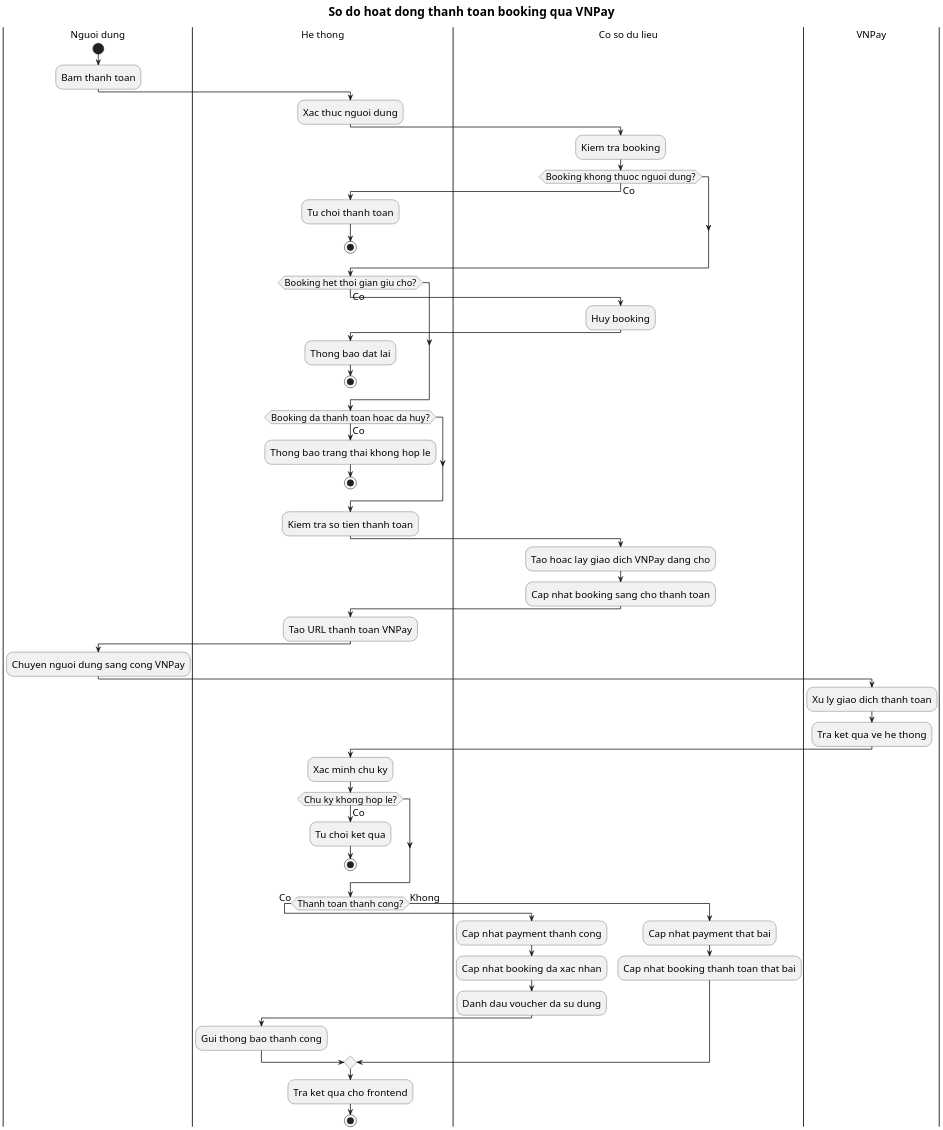
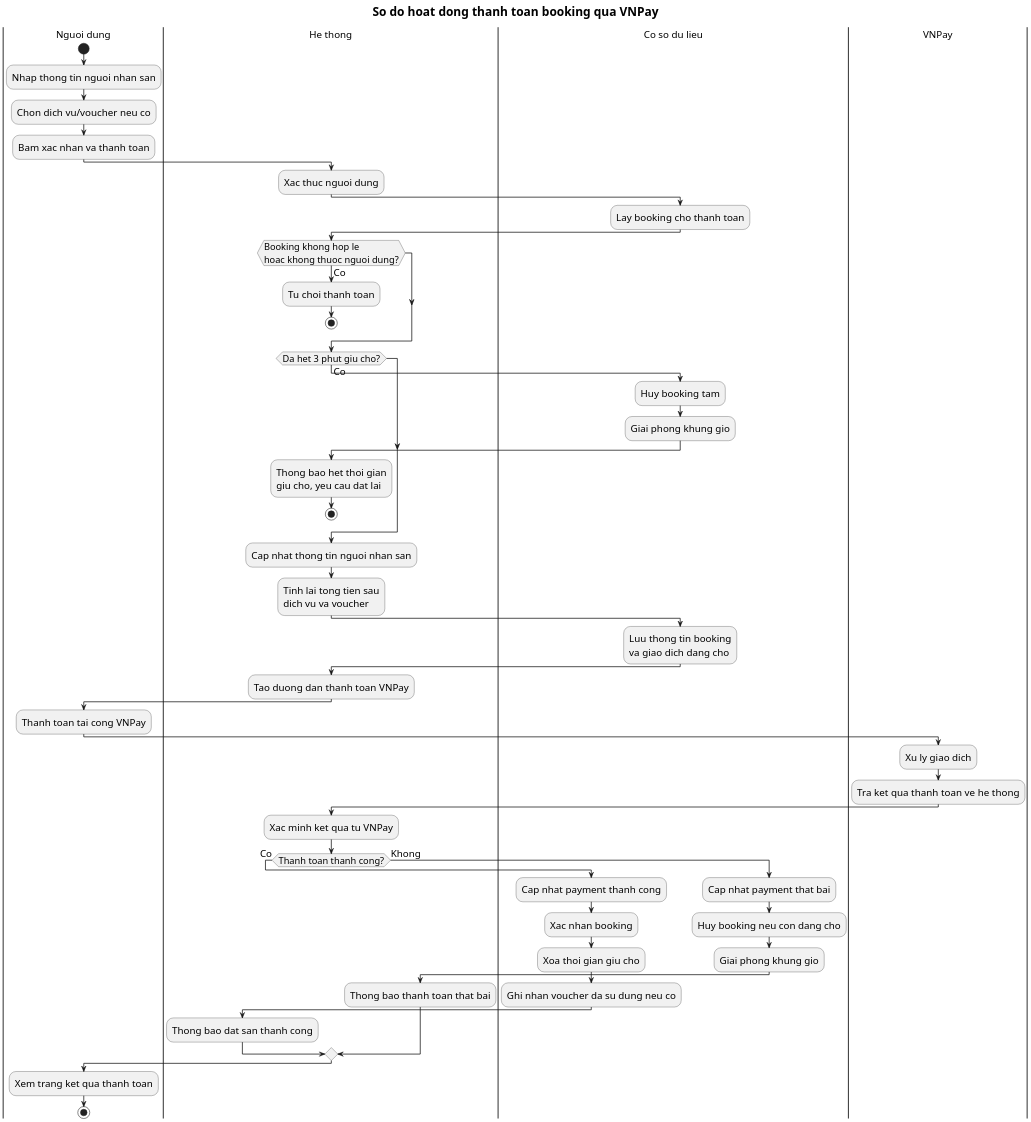
Before and after one commit to PhamThanhQuocTrieu/website_stadium_booking: the diagram in Backend/so_do_hoat_dong/rut_gon_luan_van/06_thanh_toan_vnpay.puml, drawn with PlantUML. The commit also changed 11 other files, not shown here.

```diff
--- a/Backend/so_do_hoat_dong/rut_gon_luan_van/06_thanh_toan_vnpay.puml
+++ b/Backend/so_do_hoat_dong/rut_gon_luan_van/06_thanh_toan_vnpay.puml
@@ -1,82 +1,78 @@
 @startuml
 skinparam dpi 180
 skinparam defaultFontName Arial
 skinparam defaultFontSize 18
 skinparam activityFontSize 18
 skinparam activityDiamondFontSize 17
 skinparam titleFontSize 22
 skinparam swimlaneTitleFontSize 18
 skinparam arrowThickness 1.4
 title So do hoat dong thanh toan booking qua VNPay
 
 |Nguoi dung|
 start
-:Bam thanh toan;
+:Nhap thong tin nguoi nhan san;
+:Chon dich vu/voucher neu co;
+:Bam xac nhan va thanh toan;
 
 |He thong|
 :Xac thuc nguoi dung;
 
 |Co so du lieu|
-:Kiem tra booking;
+:Lay booking cho thanh toan;
 
-if (Booking khong thuoc nguoi dung?) then (Co)
-  |He thong|
+|He thong|
+if (Booking khong hop le\nhoac khong thuoc nguoi dung?) then (Co)
   :Tu choi thanh toan;
   stop
 endif
 
-if (Booking het thoi gian giu cho?) then (Co)
+if (Da het 3 phut giu cho?) then (Co)
   |Co so du lieu|
-  :Huy booking;
+  :Huy booking tam;
+  :Giai phong khung gio;
   |He thong|
-  :Thong bao dat lai;
-  stop
-endif
-
-if (Booking da thanh toan hoac da huy?) then (Co)
-  |He thong|
-  :Thong bao trang thai khong hop le;
+  :Thong bao het thoi gian\ngiu cho, yeu cau dat lai;
   stop
 endif
 
 |He thong|
-:Kiem tra so tien thanh toan;
+:Cap nhat thong tin nguoi nhan san;
+:Tinh lai tong tien sau\ndich vu va voucher;
 
 |Co so du lieu|
-:Tao hoac lay giao dich VNPay dang cho;
-:Cap nhat booking sang cho thanh toan;
+:Luu thong tin booking\nva giao dich dang cho;
 
 |He thong|
-:Tao URL thanh toan VNPay;
+:Tao duong dan thanh toan VNPay;
 
 |Nguoi dung|
-:Chuyen nguoi dung sang cong VNPay;
+:Thanh toan tai cong VNPay;
 
 |VNPay|
-:Xu ly giao dich thanh toan;
-:Tra ket qua ve he thong;
+:Xu ly giao dich;
+:Tra ket qua thanh toan ve he thong;
 
 |He thong|
-:Xac minh chu ky;
-if (Chu ky khong hop le?) then (Co)
-  :Tu choi ket qua;
-  stop
-endif
-
+:Xac minh ket qua tu VNPay;
 if (Thanh toan thanh cong?) then (Co)
   |Co so du lieu|
   :Cap nhat payment thanh cong;
-  :Cap nhat booking da xac nhan;
-  :Danh dau voucher da su dung;
+  :Xac nhan booking;
+  :Xoa thoi gian giu cho;
+  :Ghi nhan voucher da su dung neu co;
   |He thong|
-  :Gui thong bao thanh cong;
+  :Thong bao dat san thanh cong;
 else (Khong)
   |Co so du lieu|
   :Cap nhat payment that bai;
-  :Cap nhat booking thanh toan that bai;
+  :Huy booking neu con dang cho;
+  :Giai phong khung gio;
+  |He thong|
+  :Thong bao thanh toan that bai;
 endif
 
-|He thong|
-:Tra ket qua cho frontend;
+|Nguoi dung|
+:Xem trang ket qua thanh toan;
 stop
 @enduml
```
